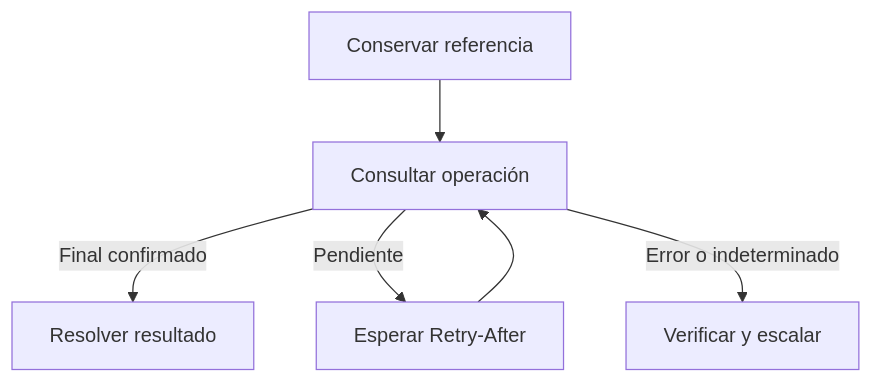
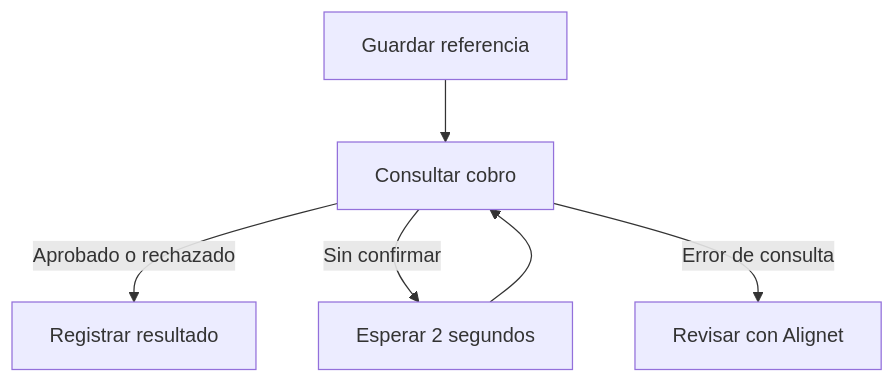
Before and after one commit to alignet-docs/alignet-developers: the diagram in procesamiento-fisico/alignet-transit/operacion-y-recuperacion.mdx, drawn with Mermaid. The commit also changed other lines of this file and 15 other files, not shown here.

````diff
--- a/procesamiento-fisico/alignet-transit/operacion-y-recuperacion.mdx
+++ b/procesamiento-fisico/alignet-transit/operacion-y-recuperacion.mdx
@@ -57,8 +57,8 @@
 ```mermaid
 flowchart TD
-    A[Conservar referencia] --> B[Consultar operación]
-    B -->|Final confirmado| C[Resolver resultado]
-    B -->|Pendiente| D[Esperar Retry-After]
+    A[Guardar referencia] --> B[Consultar cobro]
+    B -->|Aprobado o rechazado| C[Registrar resultado]
+    B -->|Sin confirmar| D[Esperar 2 segundos]
     D --> B
-    B -->|Error o indeterminado| E[Verificar y escalar]
+    B -->|Error de consulta| E[Revisar con Alignet]
 ```
````
